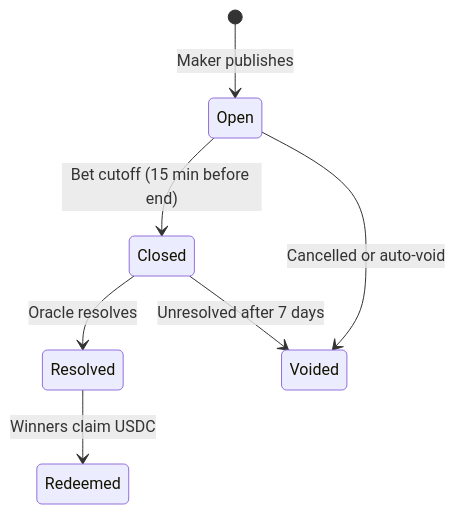
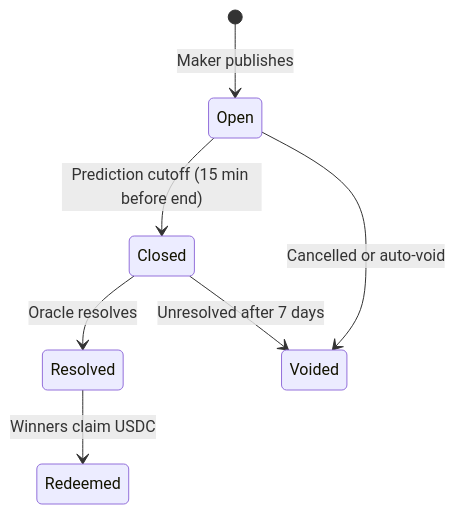
One commit to ezpz-predict/docs changed the diagram in concepts/markets-events.mdx. Above: the diagram before and after it, drawn with Mermaid. The commit also changed other lines of this file and 33 other files, not shown here.

First line of the commit message:
Expand docs to match Polymarket-style structure and player flows.

````diff
--- a/concepts/markets-events.mdx
+++ b/concepts/markets-events.mdx
@@ -50,9 +50,9 @@
 ```mermaid
 stateDiagram-v2
   [*] --> Open: Maker publishes
-  Open --> Closed: Bet cutoff (15 min before end)
+  Open --> Closed: Prediction cutoff (15 min before end)
   Closed --> Resolved: Oracle resolves
   Resolved --> Redeemed: Winners claim USDC
   Open --> Voided: Cancelled or auto-void
   Closed --> Voided: Unresolved after 7 days
 ```
````
